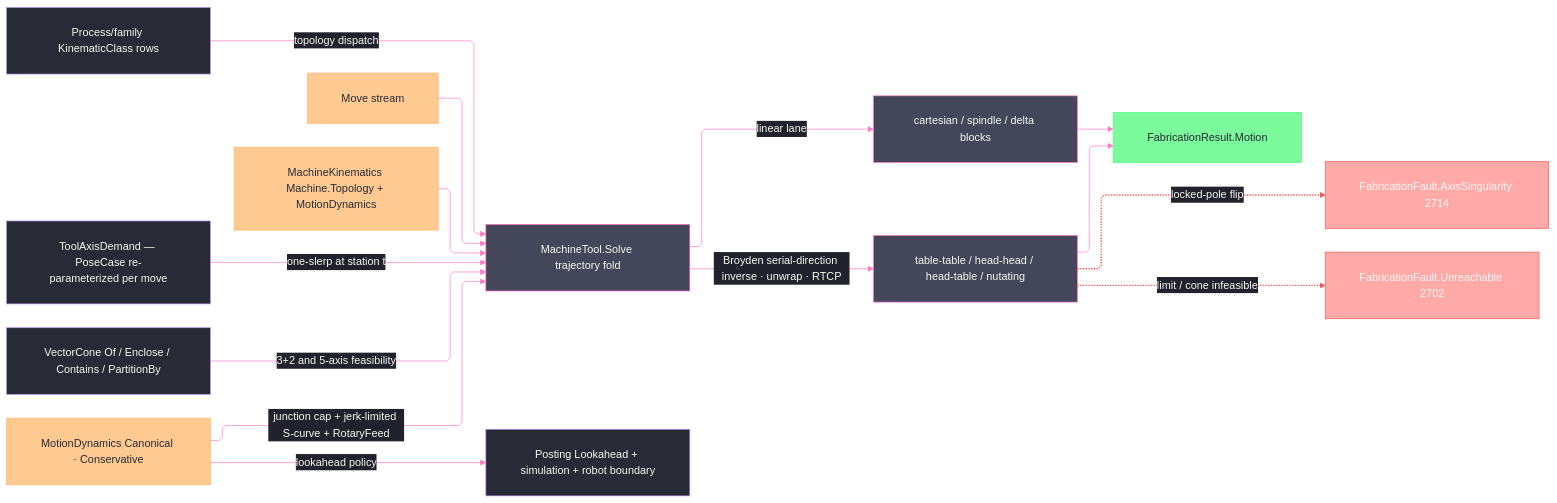
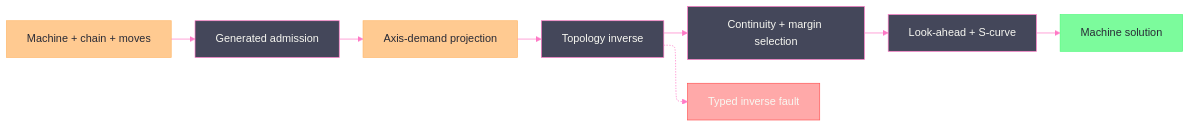
One commit to bsamiee/Rasm changed the diagram in libs/csharp/Rasm.Fabrication/.planning/Kinematics/machine.md. Above: the diagram before and after it, drawn with Mermaid. The commit also changed other lines of this file and 67 other files, not shown here.

````diff
--- a/libs/csharp/Rasm.Fabrication/.planning/Kinematics/machine.md
+++ b/libs/csharp/Rasm.Fabrication/.planning/Kinematics/machine.md
@@ -468,52 +915,37 @@
 ```mermaid
 ---
 config:
   theme: base
   look: classic
   layout: elk
-  flowchart:
-    curve: linear
-    padding: 25
   themeVariables:
     darkMode: true
     fontFamily: "SF Mono, Menlo, Cascadia Mono, Segoe UI Mono, Consolas, monospace"
     useGradient: false
     dropShadow: "none"
     background: "#282A36"
     primaryColor: "#44475A"
     primaryTextColor: "#F8F8F2"
     primaryBorderColor: "#BD93F9"
     lineColor: "#FF79C6"
     textColor: "#F8F8F2"
-    edgeLabelBackground: "#21222C"
-    labelBackgroundColor: "#21222C"
-  themeCSS: ".nodeLabel{font-size:13px;font-weight:500}.edgeLabel{font-size:12px;font-weight:500}.cluster-label .nodeLabel{font-size:13.5px;font-weight:700;letter-spacing:.08em}.edge-thickness-normal{stroke-width:2px}.edge-thickness-thick{stroke-width:3px}.edge-pattern-dashed,.edge-pattern-dotted{stroke-width:1.5px;stroke-dasharray:4 6}.node rect,.node circle,.node polygon,.node path,.node .outer-path{stroke-width:1.5px;filter:none!important}.cluster rect{stroke-width:1px!important;stroke-dasharray:5 4!important;filter:none!important}.marker path{transform:scale(.8);transform-origin:5px 5px}.marker circle{transform:scale(.48);transform-origin:5px 5px}.edgeLabel rect{transform-box:fill-box;transform-origin:center;transform:scale(1.1,1.2)}"
 ---
 flowchart LR
-    accTitle: Machine-tool kinematics owner
-    accDescr: MachineTool.Solve threads a trajectory fold over process-family topology, per-move orientation intent, rotary continuity, RTCP compensation, and dynamics-true timing into FabricationResult.Motion.
-    Moves["Move stream"] --> Solve["MachineTool.Solve trajectory fold"]
-    Kin["MachineKinematics Machine.Topology + MotionDynamics"] --> Solve
-    Family["Process/family KinematicClass rows"] -->|topology dispatch| Solve
-    Pose["ToolAxisDemand — PoseCase re-parameterized per move"] -->|"one-slerp at station t"| Solve
-    Cone["VectorCone Of / Enclose / Contains / PartitionBy"] -->|3+2 and 5-axis feasibility| Solve
-    Solve -->|linear lane| Linear["cartesian / spindle / delta blocks"]
-    Solve -->|"Broyden serial-direction inverse · unwrap · RTCP"| Rotary["table-table / head-head / head-table / nutating"]
-    Rotary -.->|locked-pole flip| Fault["FabricationFault.AxisSingularity 2714"]
-    Rotary -.->|limit / cone infeasible| Unreach["FabricationFault.Unreachable 2702"]
-    Linear --> Motion["FabricationResult.Motion"]
-    Rotary --> Motion
-    Dynamics["MotionDynamics Canonical · Conservative"] -->|"junction cap + jerk-limited S-curve + RotaryFeed"| Solve
-    Dynamics -->|lookahead policy| Posting["Posting Lookahead + simulation + robot boundary"]
-    class Moves,Kin,Dynamics data
-    class Family,Pose,Cone,Posting boundary
-    class Solve,Linear,Rotary primary
-    class Motion success
-    class Fault,Unreach error
+    accTitle: Machine kinematics lifecycle
+    accDescr: Admitted machine rows and physical-axis policy generate one topology model, fold whole-trajectory inverse with branch continuity and TCP compensation, and project motion plus retained block evidence.
+    Raw["Machine + chain + moves"] --> Admit["Generated admission"]
+    Admit --> Demand["Axis-demand projection"]
+    Demand --> Inverse["Topology inverse"]
+    Inverse --> Select["Continuity + margin selection"]
+    Select --> Time["Look-ahead + S-curve"]
+    Time --> Motion["Machine solution"]
+    Inverse -.-> Fault["Typed inverse fault"]
     classDef primary fill:#44475A,stroke:#FF79C6,color:#F8F8F2
     classDef success fill:#50FA7BBF,stroke:#50FA7B,color:#282A36
     classDef data fill:#FFB86CBF,stroke:#FFB86C,color:#282A36
-    classDef boundary fill:#282A36,stroke:#BD93F9,color:#F8F8F2
     classDef error fill:#FF555580,stroke:#FF5555,color:#F8F8F2
-    linkStyle 7,8 stroke:#FF5555,stroke-width:2px
+    class Raw,Demand data
+    class Admit,Inverse,Select,Time primary
+    class Motion success
+    class Fault error
 ```
````
